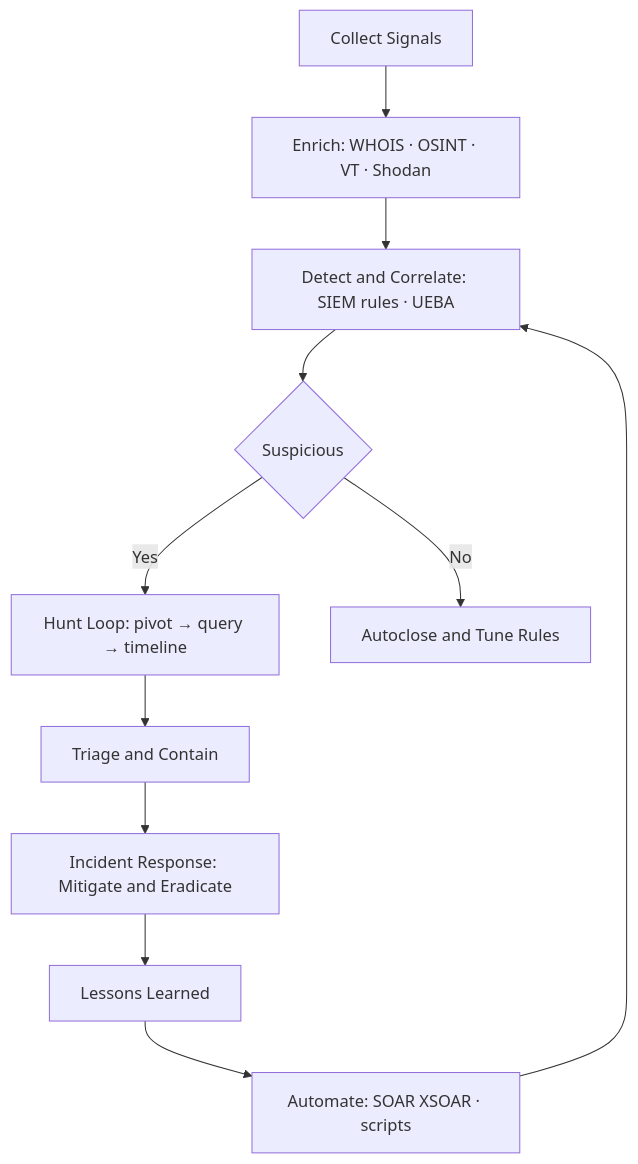
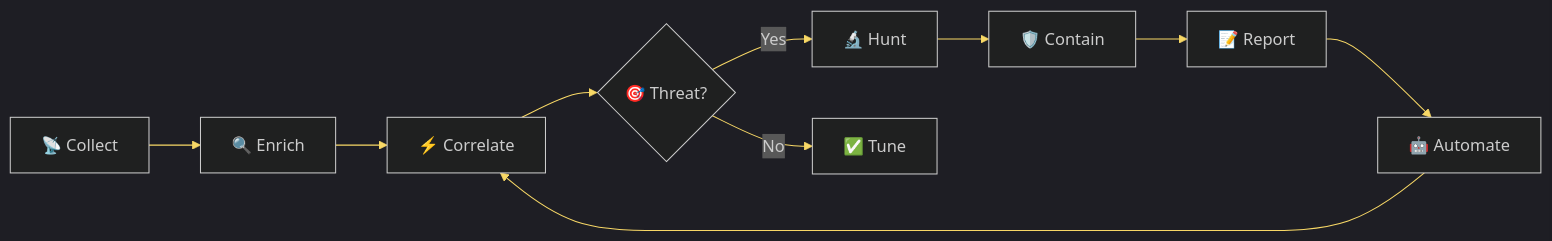
One commit to Masriyan/Masriyan changed the diagram in README.md. Above: the diagram before and after it, drawn with Mermaid. The commit also changed other lines of this file, not shown here.

````diff
--- a/README.md
+++ b/README.md
@@ -107,13 +124,13 @@
 ```mermaid
-flowchart TD
-  A["Collect Signals"] --> B["Enrich: WHOIS · OSINT · VT · Shodan"]
-  B --> C["Detect and Correlate: SIEM rules · UEBA"]
-  C --> D{"Suspicious"}
-  D -- "Yes" --> E["Hunt Loop: pivot → query → timeline"]
-  D -- "No"  --> H["Autoclose and Tune Rules"]
-  E --> F["Triage and Contain"]
-  F --> G["Incident Response: Mitigate and Eradicate"]
-  G --> I["Lessons Learned"]
-  I --> J["Automate: SOAR XSOAR · scripts"]
-  J --> C
+%%{init: {'theme': 'dark', 'themeVariables': { 'primaryColor': '#F85149', 'primaryTextColor': '#C9D1D9', 'primaryBorderColor': '#30363D', 'lineColor': '#F8D866', 'secondaryColor': '#161B22', 'tertiaryColor': '#0D1117'}}}%%
+flowchart LR
+    A[📡 Collect] --> B[🔍 Enrich]
+    B --> C[⚡ Correlate]
+    C --> D{🎯 Threat?}
+    D -->|Yes| E[🔬 Hunt]
+    D -->|No| F[✅ Tune]
+    E --> G[🛡️ Contain]
+    G --> H[📝 Report]
+    H --> I[🤖 Automate]
+    I --> C
 ```
````
